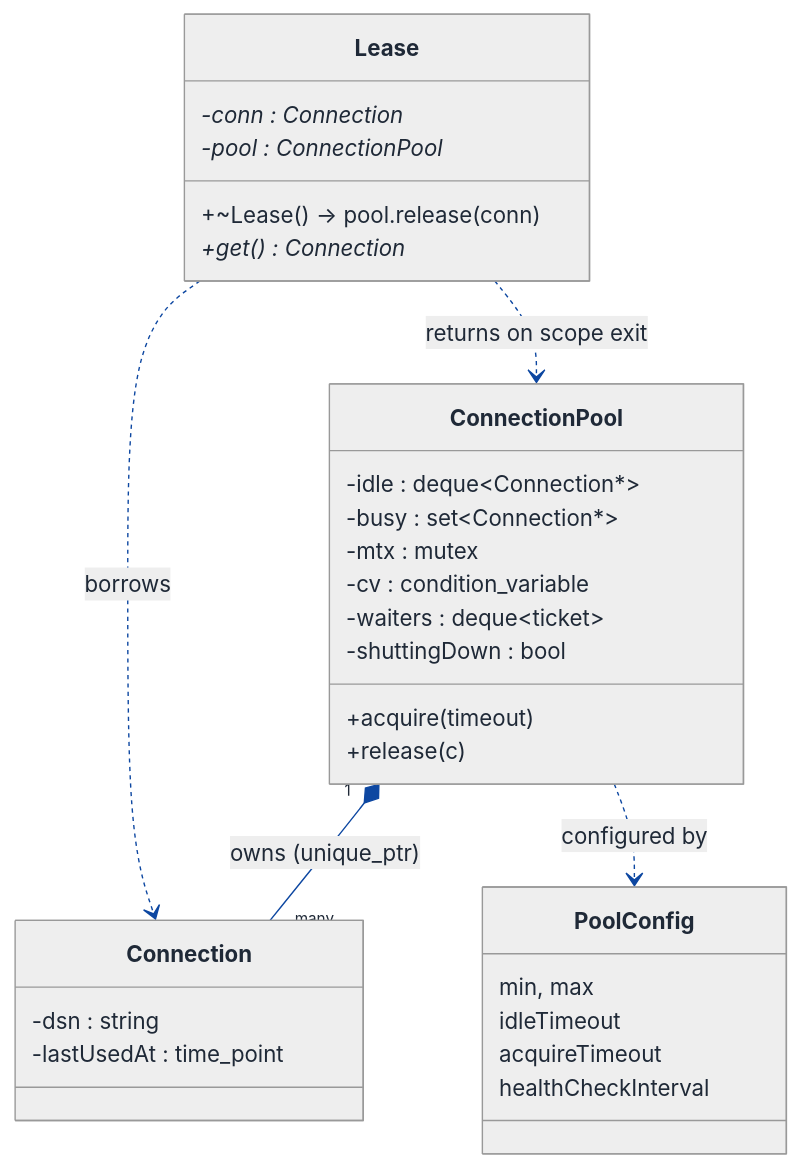
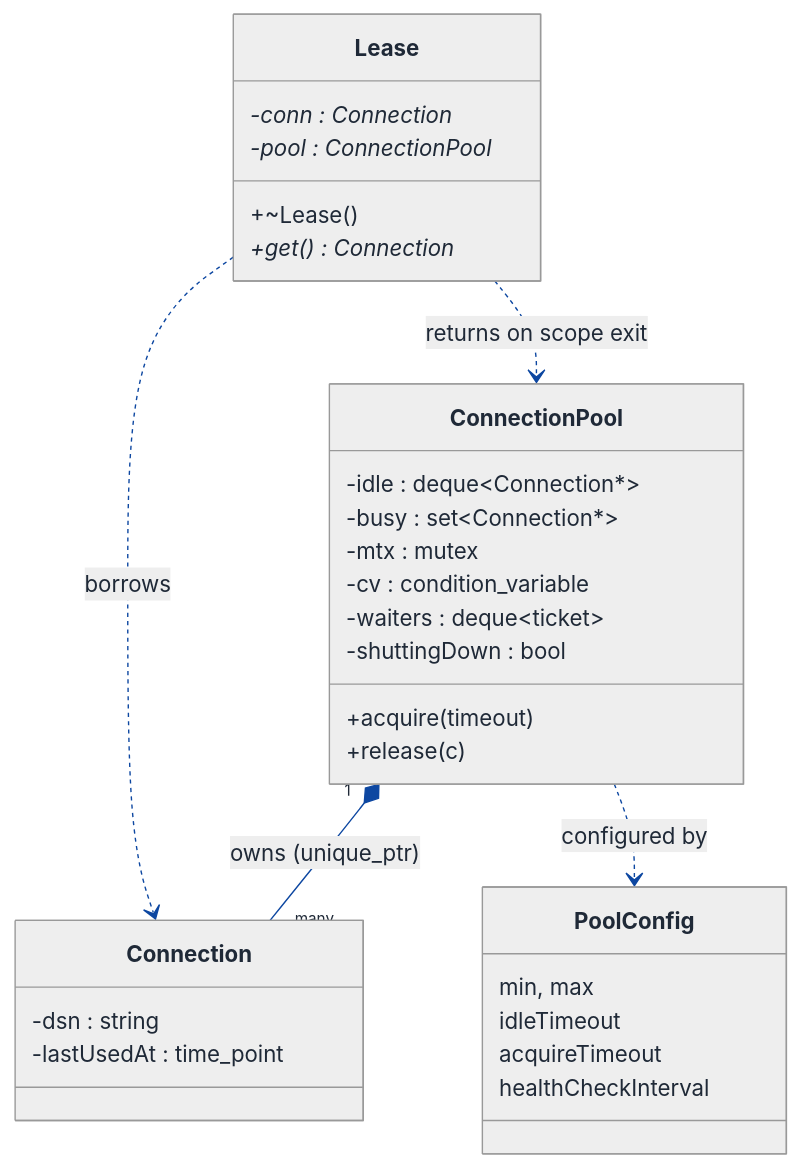
The fifth of 9 diagrams in LLD/Topics/Object_Oriented_Design/Connection_Pool_Manager.md (Prateek-5/question-bank), drawn with Mermaid before and after one commit. The commit also changed other lines of this file and 61 other files, not shown here.

First line of the commit message:
Fix invalid mermaid classDiagram member syntax across LLD walkthroughs

````diff
--- a/LLD/Topics/Object_Oriented_Design/Connection_Pool_Manager.md
+++ b/LLD/Topics/Object_Oriented_Design/Connection_Pool_Manager.md
@@ -873,66 +872,66 @@
 ```mermaid
 ---
 config:
   theme: neutral
   themeVariables:
     background: '#ffffff'
     primaryColor: '#cfe2ff'
     primaryTextColor: '#1f2937'
     primaryBorderColor: '#084298'
     secondaryColor: '#fff3cd'
     secondaryTextColor: '#1f2937'
     secondaryBorderColor: '#664d03'
     tertiaryColor: '#d1e7dd'
     tertiaryTextColor: '#1f2937'
     tertiaryBorderColor: '#0a3622'
     lineColor: '#0d47a1'
     textColor: '#1f2937'
     noteBkgColor: '#fff3cd'
     noteTextColor: '#1f2937'
     noteBorderColor: '#997404'
     actorBkg: '#cfe2ff'
     actorBorder: '#084298'
     actorTextColor: '#1f2937'
     signalColor: '#0d47a1'
     signalTextColor: '#1f2937'
     labelBoxBkgColor: '#ffffff'
     labelBoxBorderColor: '#d3d3d3'
     labelTextColor: '#1f2937'
     edgeLabelBackground: '#ffffff'
     labelBackground: '#ffffff'
     classText: '#1f2937'
     fontFamily: 'system-ui, -apple-system, Segoe UI, Helvetica, Arial, sans-serif'
 ---
 classDiagram
   direction TB
   class ConnectionPool {
     -idle : deque~Connection*~
     -busy : set~Connection*~
     -mtx : mutex
     -cv : condition_variable
     -waiters : deque~ticket~
     -shuttingDown : bool
     +acquire(timeout)
     +release(c)
   }
   class Lease {
     -conn : Connection*
     -pool : ConnectionPool*
-    +~Lease() → pool.release(conn)
+    +~Lease()
     +get() Connection*
   }
   class Connection {
     -dsn : string
     -lastUsedAt : time_point
   }
   class PoolConfig {
     min, max
     idleTimeout
     acquireTimeout
     healthCheckInterval
   }
   ConnectionPool "1" *-- "many" Connection : owns (unique_ptr)
   ConnectionPool ..> PoolConfig : configured by
   Lease ..> ConnectionPool : returns on scope exit
   Lease ..> Connection : borrows
 ```
````
